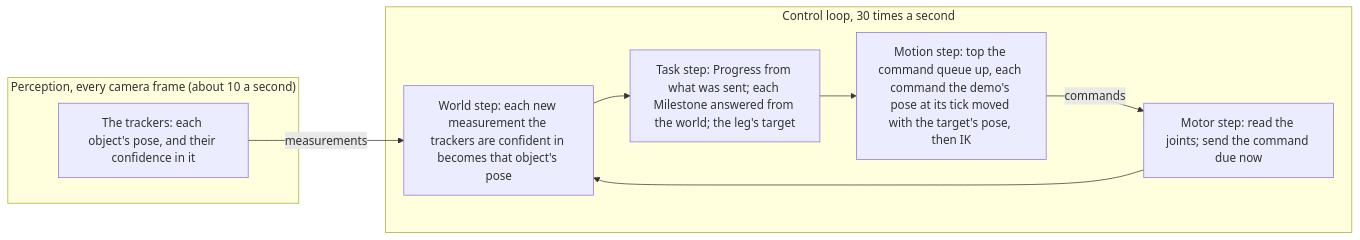
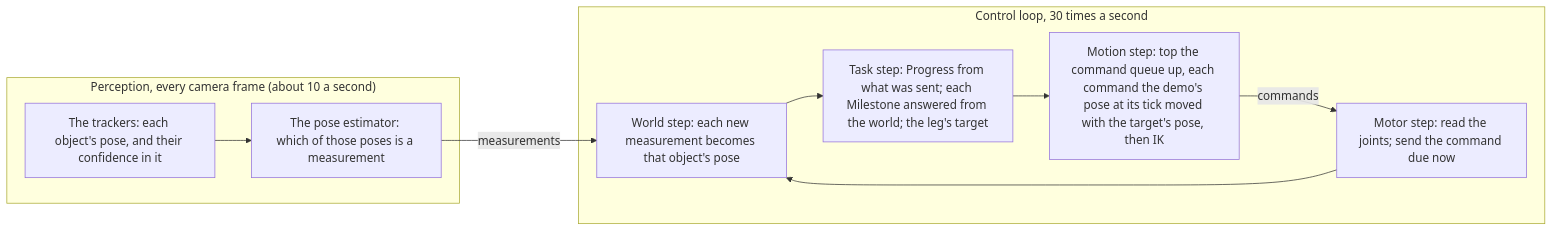
Before and after one commit to TheWisp/lerobot: the first of 2 diagrams in src/lerobot/showservo/docs/act_execution.md, drawn with Mermaid. The commit also changed other lines of this file and 4 other files, not shown here.

````diff
--- a/src/lerobot/showservo/docs/act_execution.md
+++ b/src/lerobot/showservo/docs/act_execution.md
@@ -132,15 +132,17 @@
 ```mermaid
 flowchart LR
     subgraph PER["Perception, every camera frame (about 10 a second)"]
         P1["The trackers: each object's pose, and their confidence in it"]
+        P2["The pose estimator: which of those poses is a measurement"]
+        P1 --> P2
     end
     subgraph CTL["Control loop, 30 times a second"]
         C1["Motor step: read the joints; send the command due now"]
-        C2["World step: each new measurement the trackers are confident in becomes that object's pose"]
+        C2["World step: each new measurement becomes that object's pose"]
         C3["Task step: Progress from what was sent; each Milestone answered from the world; the leg's target"]
         C4["Motion step: top the command queue up, each command the demo's pose at its tick moved with the target's pose, then IK"]
         C1 --> C2 --> C3 --> C4
     end
-    P1 -- "measurements" --> C2
+    P2 -- "measurements" --> C2
     C4 -- "commands" --> C1
 ```
````
